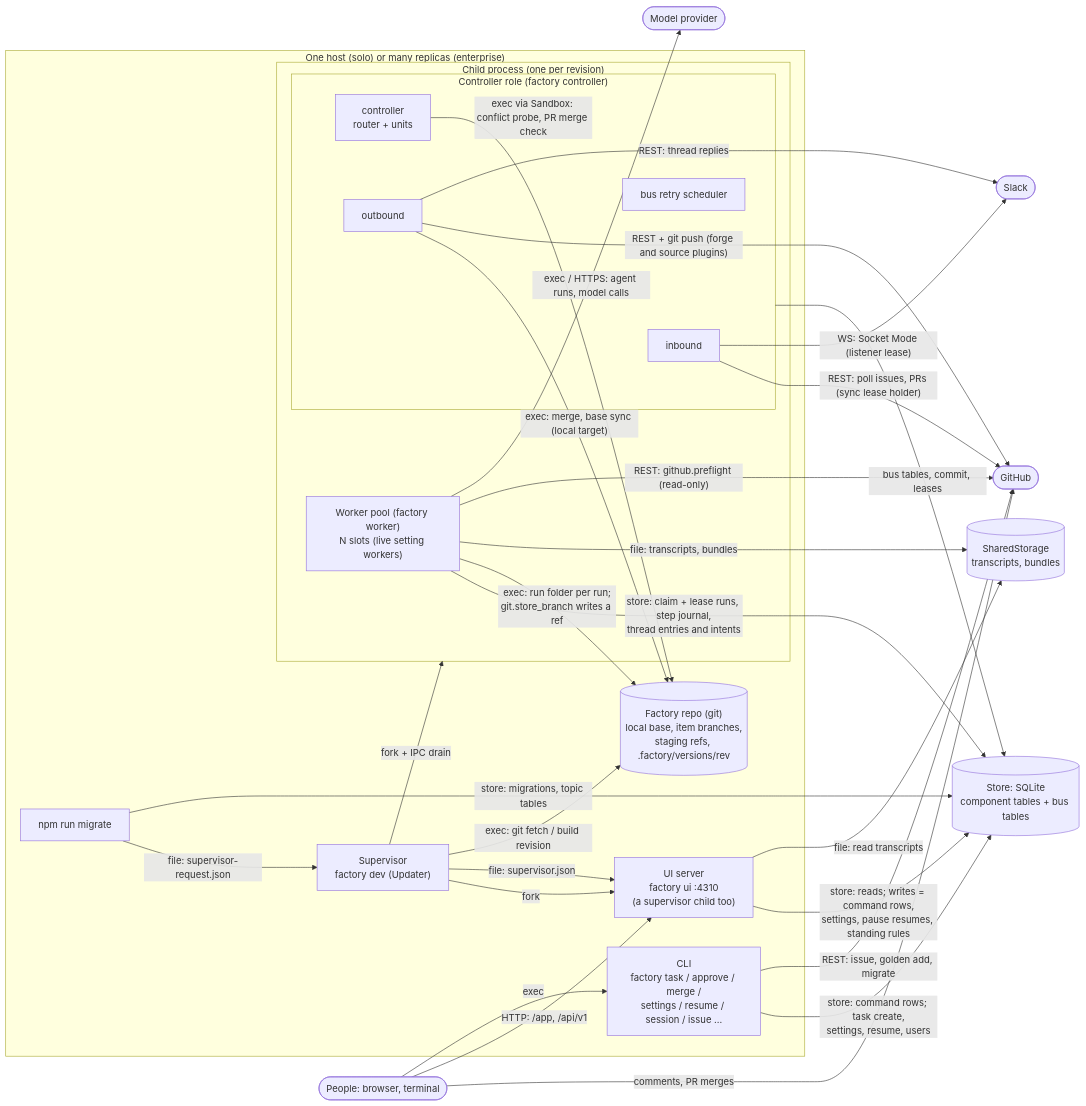
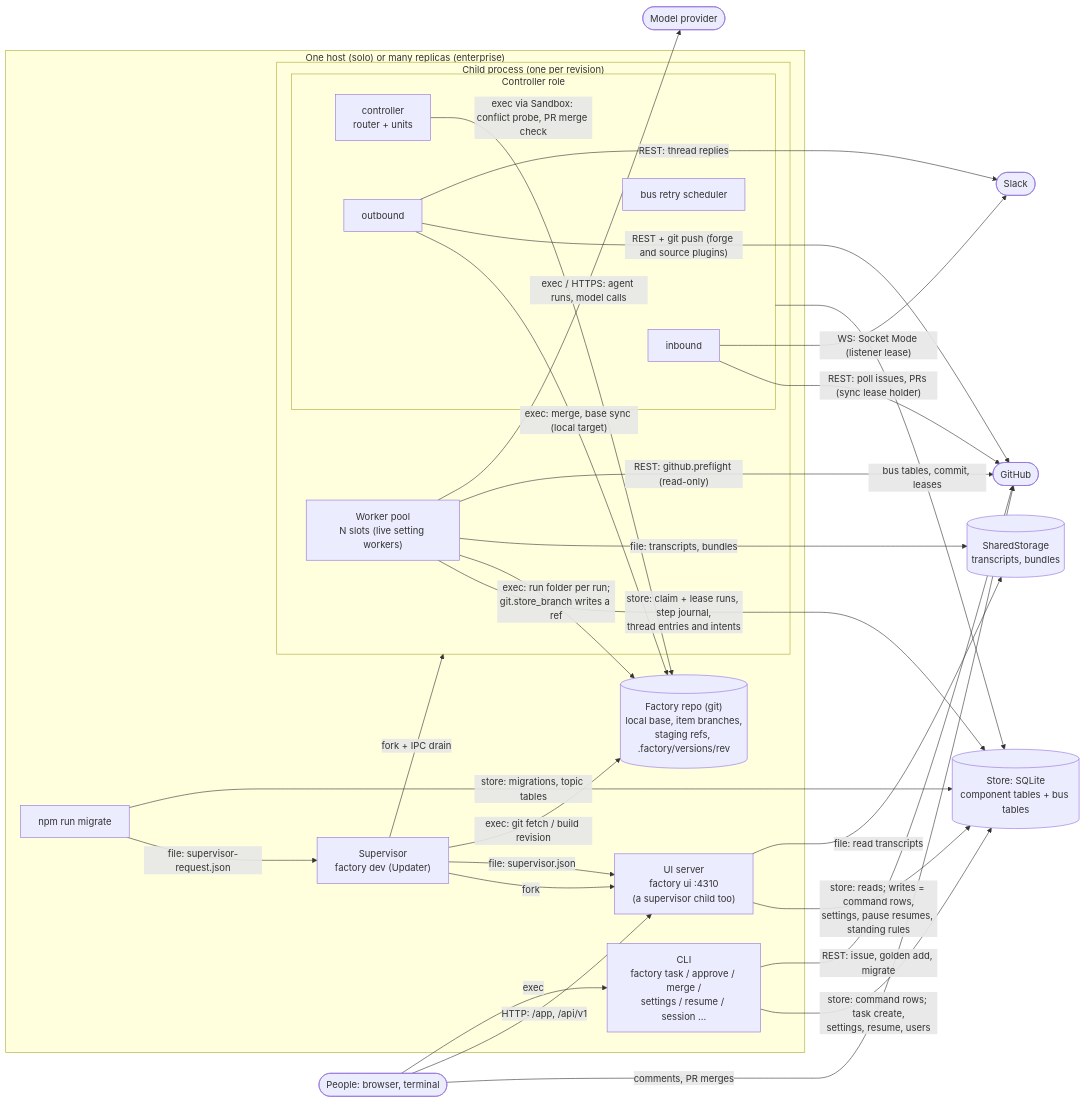
One commit to seonWKim/software-factory changed the first of 6 diagrams in ARCHITECTURE.md. Above: the diagram before and after it, drawn with Mermaid. The commit also changed other lines of this file and 18 other files, not shown here.

First line of the commit message:
Remove the issue, controller and worker commands; runLoops always runs both loops

````diff
--- a/ARCHITECTURE.md
+++ b/ARCHITECTURE.md
@@ -32,52 +32,52 @@
 ```mermaid
 graph LR
   subgraph HOST["One host (solo) or many replicas (enterprise)"]
     SUP["Supervisor<br/>factory dev (Updater)"]
     subgraph CHILD["Child process (one per revision)"]
-      subgraph CR["Controller role (factory controller)"]
+      subgraph CR["Controller role"]
         INB["inbound"]
         CTL["controller<br/>router + units"]
         OUT["outbound"]
         BUSS["bus retry scheduler"]
       end
-      WP["Worker pool (factory worker)<br/>N slots (live setting workers)"]
+      WP["Worker pool<br/>N slots (live setting workers)"]
     end
     UI["UI server<br/>factory ui :4310<br/>(a supervisor child too)"]
-    CLI["CLI<br/>factory task / approve / merge /<br/>settings / resume / session / issue ..."]
+    CLI["CLI<br/>factory task / approve / merge /<br/>settings / resume / session ..."]
     MIG["npm run migrate"]
     REPO[("Factory repo (git)<br/>local base, item branches,<br/>staging refs, .factory/versions/rev")]
   end
 
   STORE[("Store: SQLite<br/>component tables + bus tables")]
   STG[("SharedStorage<br/>transcripts, bundles")]
   GH(["GitHub"])
   SL(["Slack"])
   LLM(["Model provider"])
   PEOPLE(["People: browser, terminal"])
 
   SUP -- "fork + IPC drain" --> CHILD
   SUP -- "fork" --> UI
   SUP -- "file: supervisor.json" --> UI
   MIG -- "file: supervisor-request.json" --> SUP
   MIG -- "store: migrations, topic tables" --> STORE
   SUP -- "exec: git fetch / build revision" --> REPO
   CR -- "bus tables, commit, leases" --> STORE
   WP -- "store: claim + lease runs, step journal,<br/>thread entries and intents" --> STORE
   UI -- "store: reads; writes = command rows,<br/>settings, pause resumes, standing rules" --> STORE
   CLI -- "store: command rows; task create,<br/>settings, resume, users" --> STORE
   WP -- "exec: run folder per run;<br/>git.store_branch writes a ref" --> REPO
   OUT -- "exec: merge, base sync (local target)" --> REPO
   CTL -- "exec via Sandbox: conflict probe, PR merge check" --> REPO
   WP -- "file: transcripts, bundles" --> STG
   UI -- "file: read transcripts" --> STG
   INB -- "REST: poll issues, PRs (sync lease holder)" --> GH
   OUT -- "REST + git push (forge and source plugins)" --> GH
   WP -- "REST: github.preflight (read-only)" --> GH
   CLI -- "REST: issue, golden add, migrate" --> GH
   INB -- "WS: Socket Mode (listener lease)" --> SL
   OUT -- "REST: thread replies" --> SL
   WP -- "exec / HTTPS: agent runs, model calls" --> LLM
   PEOPLE -- "HTTP: /app, /api/v1" --> UI
   PEOPLE -- "comments, PR merges" --> GH
   PEOPLE -- "exec" --> CLI
 ```
````
